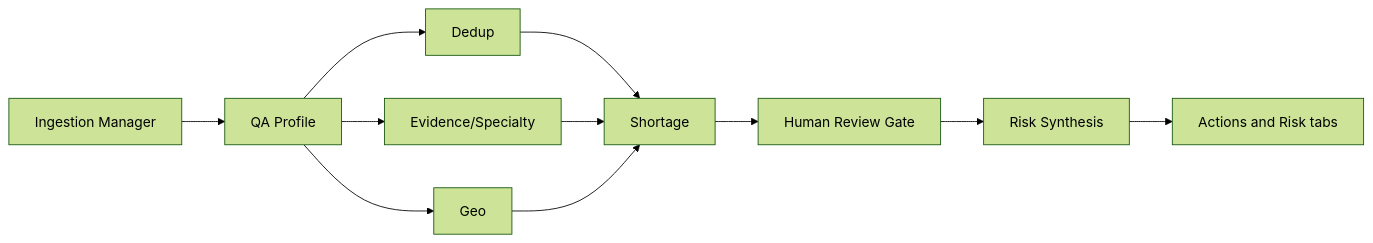
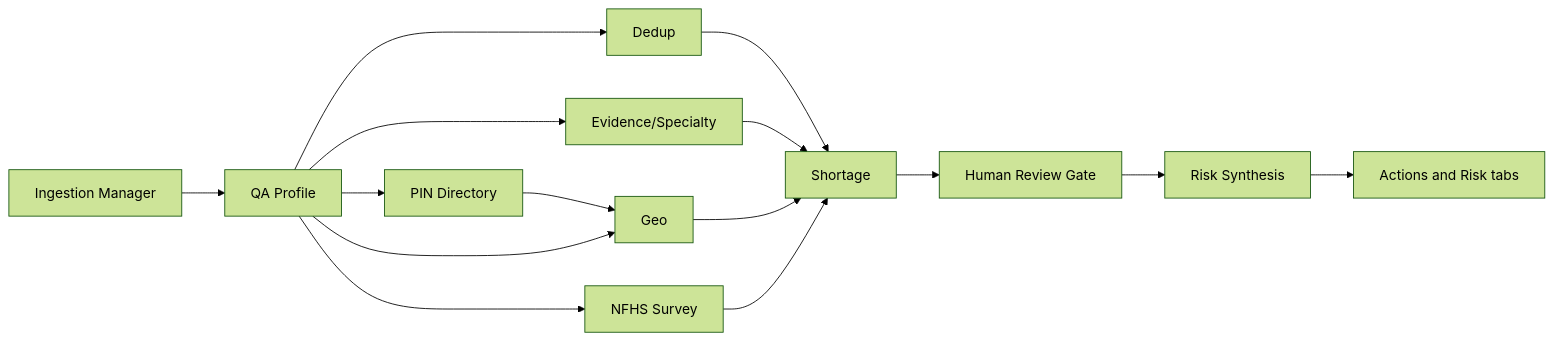
Before and after one commit to motobob/dbx_hack_doctors: the fourth of 4 diagrams in project_plan.md, drawn with Mermaid (forest theme). The commit also changed other lines of this file and 40 other files, not shown here.

````diff
--- a/project_plan.md
+++ b/project_plan.md
@@ -217,13 +262,17 @@
 ```mermaid
 flowchart LR
   ingest[Ingestion Manager] --> qa[QA Profile]
+  qa --> pincode[PIN Directory]
+  qa --> nfhs[NFHS Survey]
+  pincode --> geo[Geo]
   qa --> dedup[Dedup]
   qa --> evidence[Evidence/Specialty]
-  qa --> geo[Geo]
+  qa --> geo
   dedup --> shortage[Shortage]
   evidence --> shortage
   geo --> shortage
+  nfhs --> shortage
   shortage --> review[Human Review Gate]
   review --> risk[Risk Synthesis]
   risk --> ui[Actions and Risk tabs]
 ```
````
